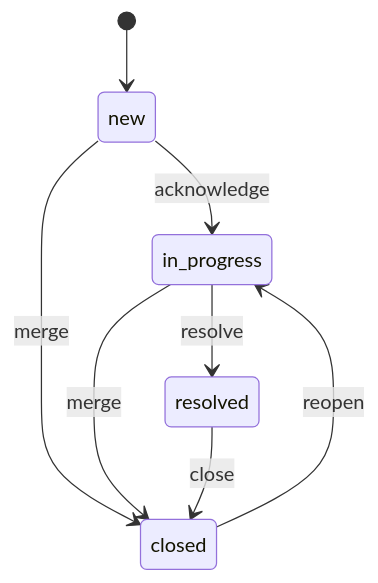
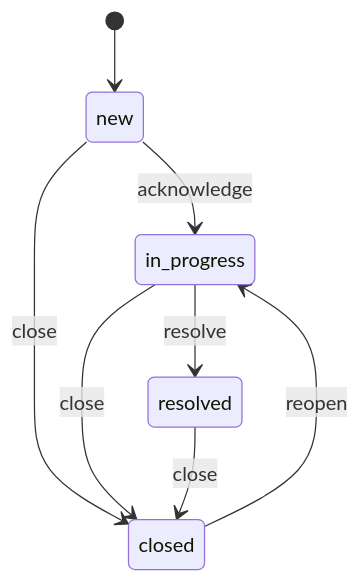
Before and after one commit to refractionPOINT/documentation: the diagram in docs/5-integrations/extensions/limacharlie/cases.md, drawn with Mermaid. The commit also changed other lines of this file, not shown here.

Commit message:
docs: fix state diagram labels and remove unimplemented group_by param
The close transitions (new→closed, in_progress→closed) are general
status changes, not merge-only. The group_by API parameter is accepted
by the CLI but not implemented server-side.

````diff
--- a/docs/5-integrations/extensions/limacharlie/cases.md
+++ b/docs/5-integrations/extensions/limacharlie/cases.md
@@ -53,10 +53,10 @@
 ```mermaid
 stateDiagram-v2
     [*] --> new
     new --> in_progress: acknowledge
-    new --> closed: merge
+    new --> closed: close
     in_progress --> resolved: resolve
-    in_progress --> closed: merge
+    in_progress --> closed: close
     resolved --> closed: close
     closed --> in_progress: reopen
 ```
````
